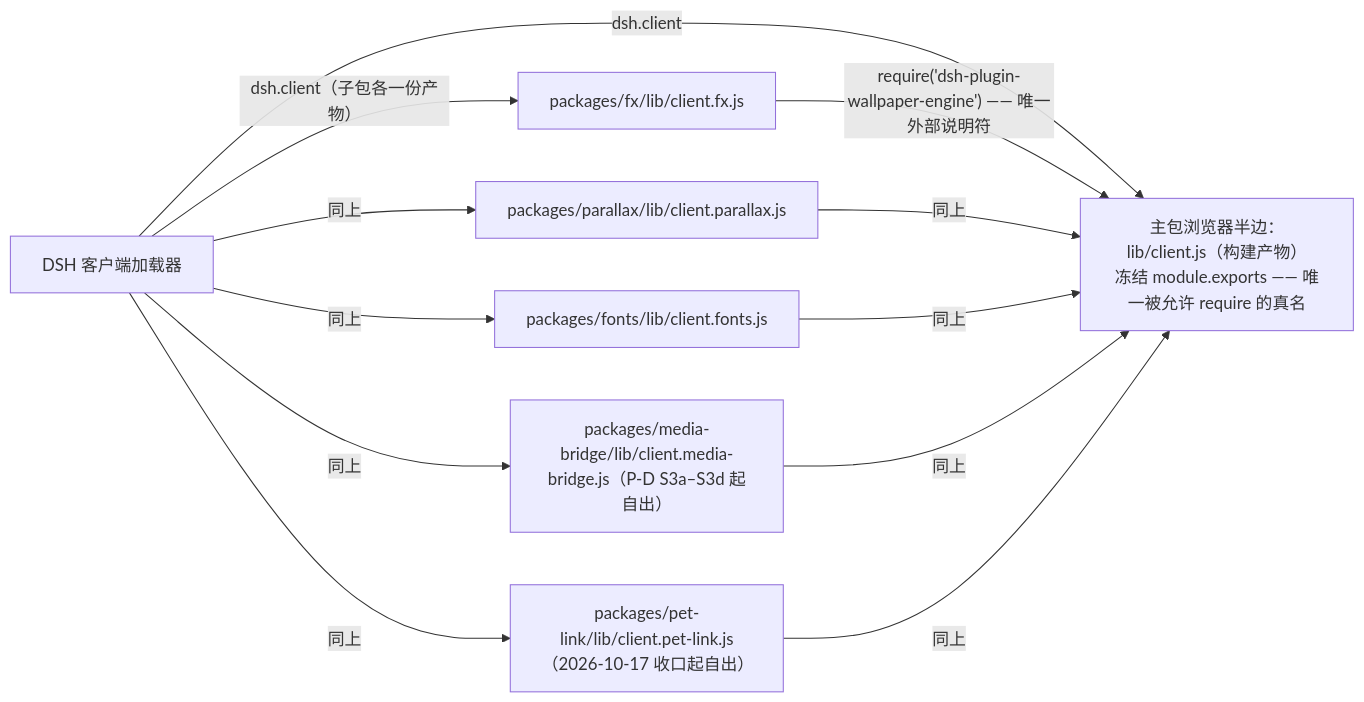
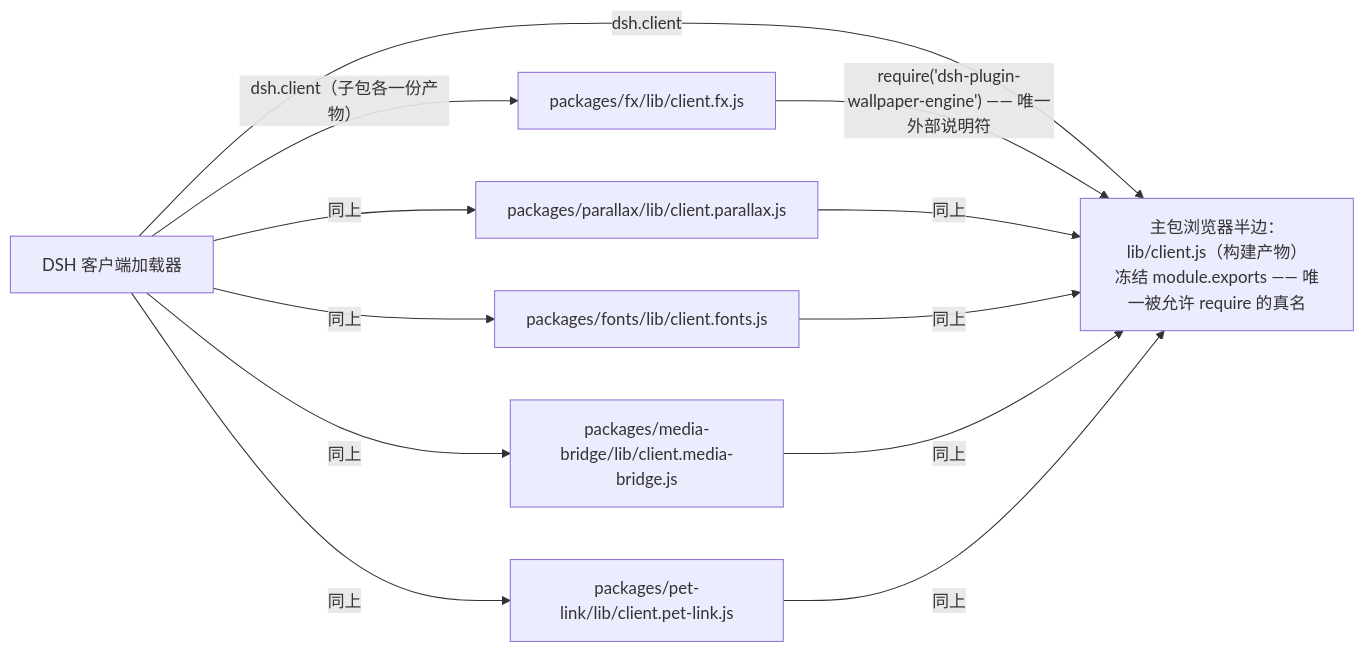
One commit to CREAMSOU/dsh-wallpaper-engine changed the third of 3 diagrams in docs/SUBPACKAGE-GRAPH.md. Above: the diagram before and after it, drawn with Mermaid. The commit also changed other lines of this file and 38 other files, not shown here.

````diff
--- a/docs/SUBPACKAGE-GRAPH.md
+++ b/docs/SUBPACKAGE-GRAPH.md
@@ -89,16 +86,16 @@
 ```mermaid
 graph LR
   LOADER["DSH 客户端加载器"]
   MAINB["主包浏览器半边：lib/client.js（构建产物）<br/>冻结 module.exports —— 唯一被允许 require 的真名"]
   LOADER -->|"dsh.client"| MAINB
   LOADER -->|"dsh.client（子包各一份产物）"| FB["packages/fx/lib/client.fx.js"]
   LOADER -->|"同上"| PB["packages/parallax/lib/client.parallax.js"]
   LOADER -->|"同上"| FT["packages/fonts/lib/client.fonts.js"]
-  LOADER -->|"同上"| WB["packages/media-bridge/lib/client.media-bridge.js（P-D S3a–S3d 起自出）"]
-  LOADER -->|"同上"| PL["packages/pet-link/lib/client.pet-link.js（2026-10-17 收口起自出）"]
+  LOADER -->|"同上"| WB["packages/media-bridge/lib/client.media-bridge.js"]
+  LOADER -->|"同上"| PL["packages/pet-link/lib/client.pet-link.js"]
   FB -->|"require('dsh-plugin-wallpaper-engine') —— 唯一外部说明符"| MAINB
   PB -->|"同上"| MAINB
   FT -->|"同上"| MAINB
   WB -->|"同上"| MAINB
   PL -->|"同上"| MAINB
 ```
````
